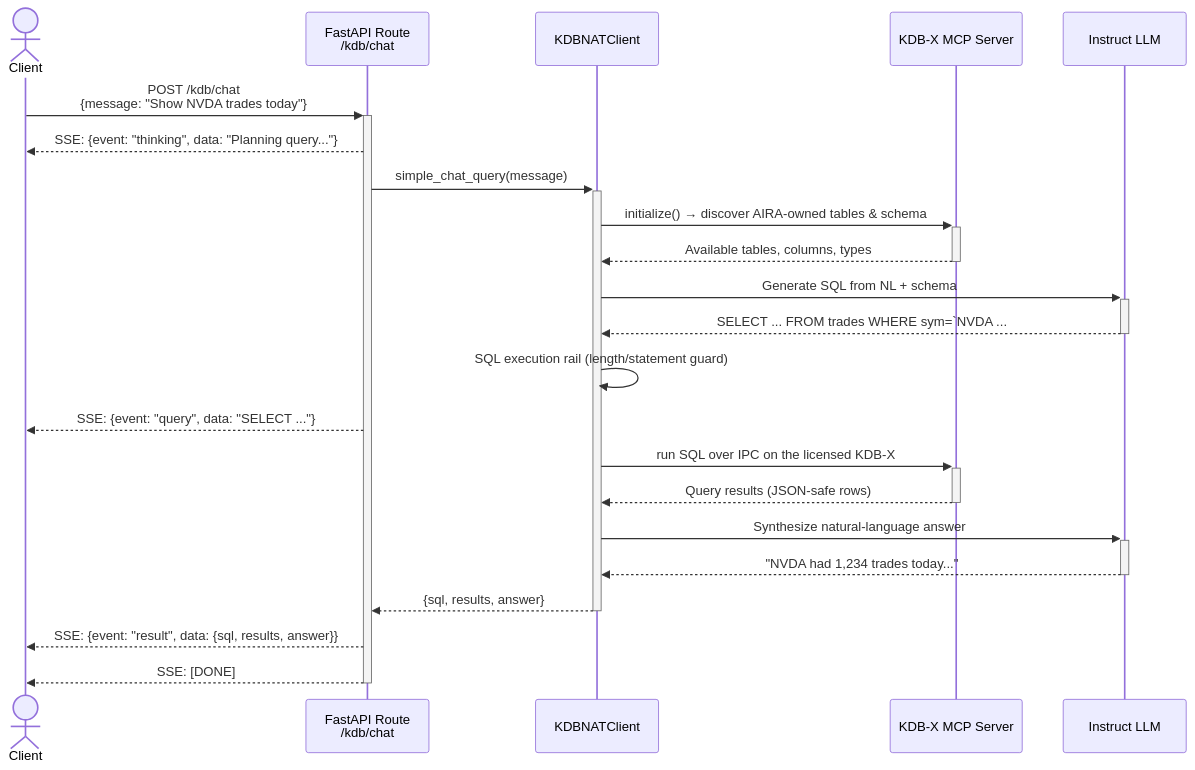
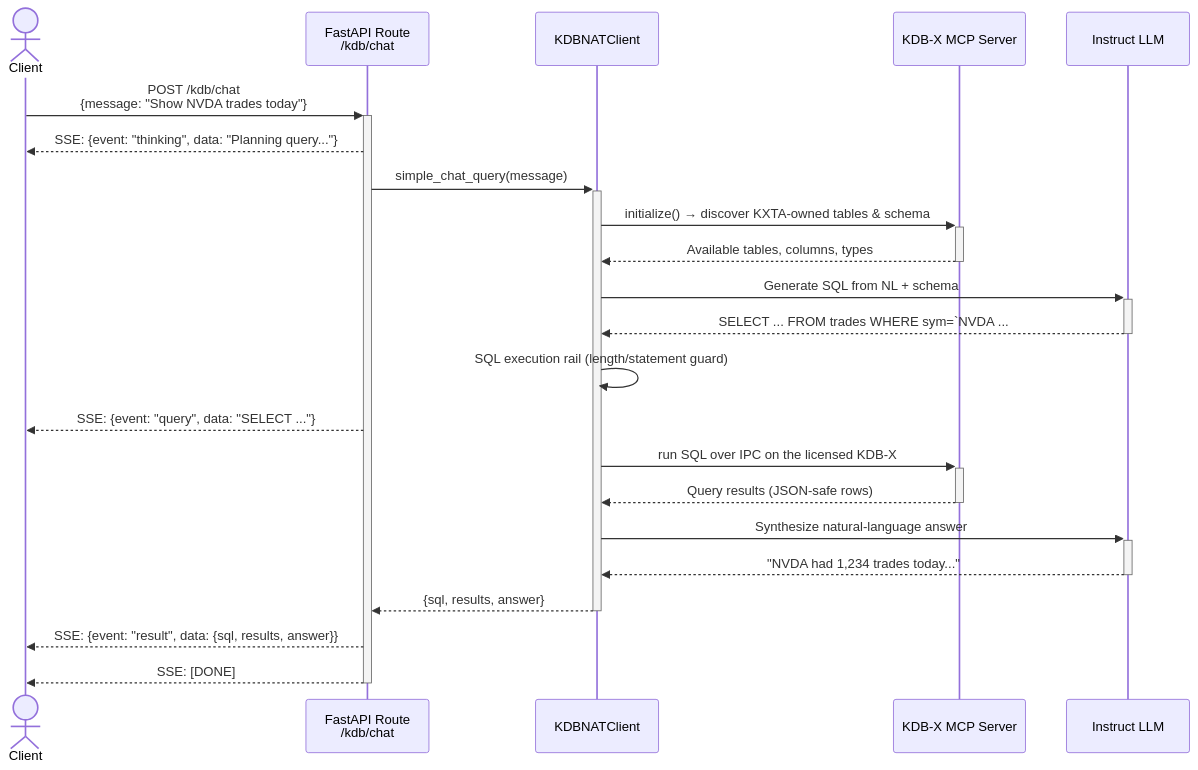
Before and after one commit to KxSystems/nvidia-kx-samples: the second of 3 diagrams in nvidia-kx-trading-agents/docs/sequence-diagram.md, drawn with Mermaid. The commit also changed other lines of this file and 28 other files, not shown here.

````diff
--- a/nvidia-kx-trading-agents/docs/sequence-diagram.md
+++ b/nvidia-kx-trading-agents/docs/sequence-diagram.md
@@ -177,25 +177,25 @@
 ```mermaid
 sequenceDiagram
     actor User as Client
     participant FE as FastAPI Route<br/>/kdb/chat
     participant Client as KDBNATClient
     participant MCP as KDB-X MCP Server
     participant LLM as Instruct LLM
 
     User->>+FE: POST /kdb/chat<br/>{message: "Show NVDA trades today"}
     FE-->>User: SSE: {event: "thinking", data: "Planning query..."}
     FE->>+Client: simple_chat_query(message)
-    Client->>+MCP: initialize() → discover AIRA-owned tables & schema
+    Client->>+MCP: initialize() → discover KXTA-owned tables & schema
     MCP-->>-Client: Available tables, columns, types
     Client->>+LLM: Generate SQL from NL + schema
     LLM-->>-Client: SELECT ... FROM trades WHERE sym=`NVDA ...
     Client->>Client: SQL execution rail (length/statement guard)
     FE-->>User: SSE: {event: "query", data: "SELECT ..."}
     Client->>+MCP: run SQL over IPC on the licensed KDB-X
     MCP-->>-Client: Query results (JSON-safe rows)
     Client->>+LLM: Synthesize natural-language answer
     LLM-->>-Client: "NVDA had 1,234 trades today..."
     Client-->>-FE: {sql, results, answer}
     FE-->>User: SSE: {event: "result", data: {sql, results, answer}}
     FE-->>-User: SSE: [DONE]
 ```
````
